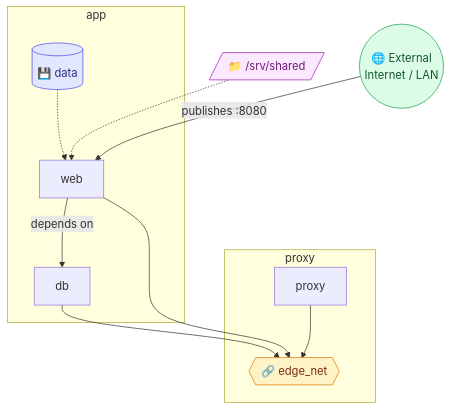
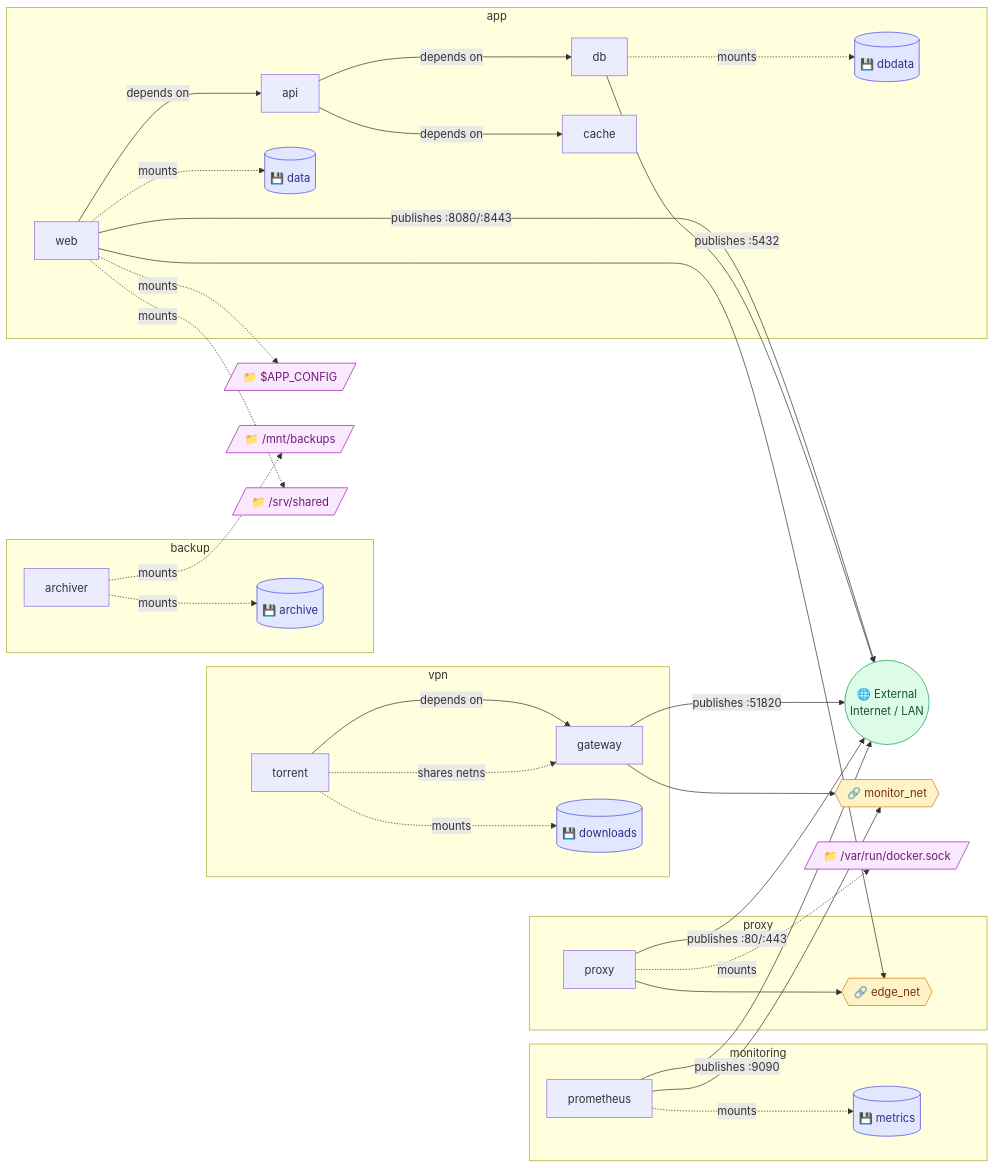
Before and after one commit to fa0311/docker-compose-map: the first of 4 diagrams in tests/assets/render/compose-graph.md, drawn with Mermaid. The commit also changed other lines of this file and 7 other files, not shown here.

````diff
--- a/tests/assets/render/compose-graph.md
+++ b/tests/assets/render/compose-graph.md
@@ -7,33 +7,69 @@
 ```mermaid
-graph TD
+graph LR
   outside(("🌐 External<br/>Internet / LAN"))
   subgraph g__app["app"]
     v__app__web["web"]
+    v__app__api["api"]
     v__app__db["db"]
+    v__app__cache["cache"]
     vol__app__data[("💾 data")]
+    vol__app__dbdata[("💾 dbdata")]
+  end
+  subgraph g__backup["backup"]
+    v__backup__archiver["archiver"]
+    vol__backup__archive[("💾 archive")]
+  end
+  subgraph g__monitoring["monitoring"]
+    v__monitoring__prometheus["prometheus"]
+    vol__monitoring__metrics[("💾 metrics")]
   end
   subgraph g__proxy["proxy"]
     v__proxy__proxy["proxy"]
     n__edge_net{{"🔗 edge_net"}}
   end
+  subgraph g__vpn["vpn"]
+    v__vpn__gateway["gateway"]
+    v__vpn__torrent["torrent"]
+    vol__vpn__downloads[("💾 downloads")]
+  end
+  n__monitor_net{{"🔗 monitor_net"}}
+  host___APP_CONFIG[/"📁 $APP_CONFIG"/]
+  host___mnt_backups[/"📁 /mnt/backups"/]
   host___srv_shared[/"📁 /srv/shared"/]
+  host___var_run_docker_sock[/"📁 /var/run/docker.sock"/]
 
-  v__app__web -->|depends on| v__app__db
-  vol__app__data -.-> v__app__web
-  host___srv_shared -.-> v__app__web
+  v__app__web -->|depends on| v__app__api
+  v__app__web -.->|mounts| vol__app__data
+  v__app__web -.->|mounts| host___srv_shared
+  v__app__web -.->|mounts| host___APP_CONFIG
+  v__app__api -->|depends on| v__app__db
+  v__app__api -->|depends on| v__app__cache
+  v__app__db -.->|mounts| vol__app__dbdata
+  v__backup__archiver -.->|mounts| vol__backup__archive
+  v__backup__archiver -.->|mounts| host___mnt_backups
+  v__monitoring__prometheus -.->|mounts| vol__monitoring__metrics
+  v__proxy__proxy -.->|mounts| host___var_run_docker_sock
+  v__vpn__torrent -->|depends on| v__vpn__gateway
+  v__vpn__torrent -.->|shares netns| v__vpn__gateway
+  v__vpn__torrent -.->|mounts| vol__vpn__downloads
 
-  v__app__db --> n__edge_net
   v__app__web --> n__edge_net
   v__proxy__proxy --> n__edge_net
+  v__monitoring__prometheus --> n__monitor_net
+  v__vpn__gateway --> n__monitor_net
 
-  outside -->|"publishes :8080"| v__app__web
+  v__app__web -->|"publishes :8080/:8443"| outside
+  v__app__db -->|"publishes :5432"| outside
+  v__monitoring__prometheus -->|"publishes :9090"| outside
+  v__proxy__proxy -->|"publishes :80/:443"| outside
+  v__vpn__gateway -->|"publishes :51820"| outside
 
   classDef net fill:#fef3c7,stroke:#d97706,color:#7c2d12;
   classDef out fill:#dcfce7,stroke:#16a34a,color:#14532d;
   classDef vol fill:#e0e7ff,stroke:#4f46e5,color:#312e81;
   classDef host fill:#fae8ff,stroke:#a21caf,color:#701a75;
   class outside out;
-  class n__edge_net net;
-  class vol__app__data vol;
-  class host___srv_shared host;
+  class n__edge_net,n__monitor_net net;
+  class vol__app__data,vol__app__dbdata,vol__backup__archive,vol__monitoring__metrics,vol__vpn__downloads vol;
+  class host___APP_CONFIG,host___mnt_backups,host___srv_shared,host___var_run_docker_sock host;
 ```
````
